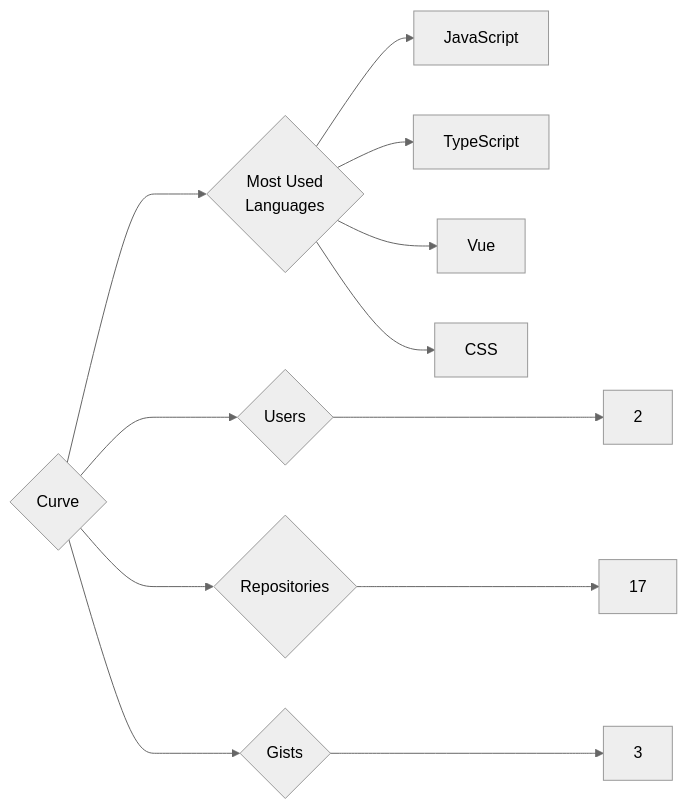
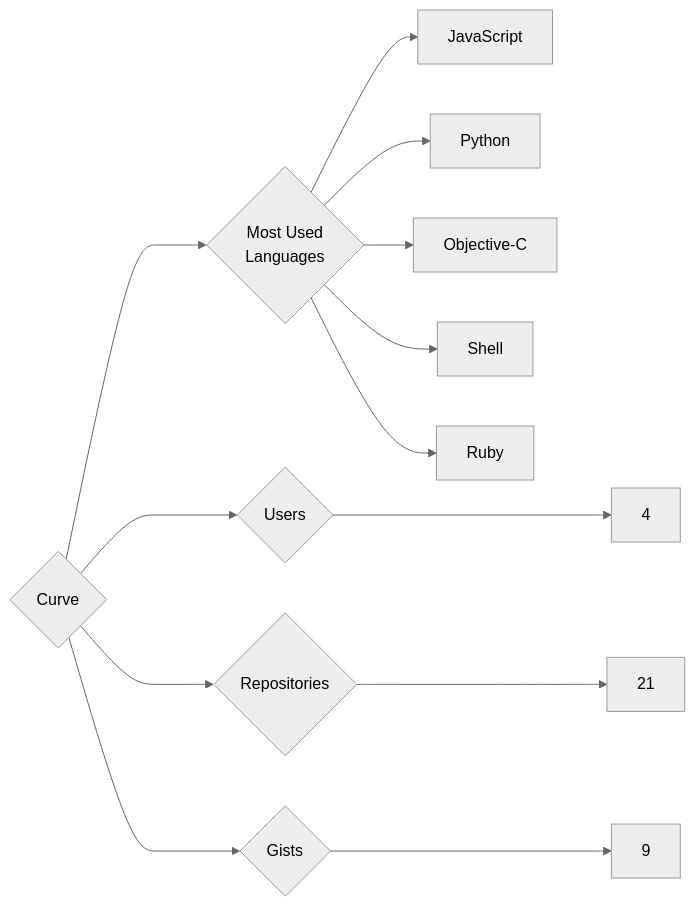
One commit to trickest/insiders changed the diagram in targets/Curve/README.md. Above: the diagram before and after it, drawn with Mermaid (neutral theme). The commit also changed 1148 other files, not shown here.

````diff
--- a/targets/Curve/README.md
+++ b/targets/Curve/README.md
@@ -3,12 +3,13 @@
 ```mermaid
 graph LR
 COMPANY_NAME{Curve}
-COMPANY_NAME ---> U{Users} ---> UN[2]
-COMPANY_NAME ---> R{Repositories} ---> RN[17]
-COMPANY_NAME ---> G{Gists} ---> GN[3]
+COMPANY_NAME ---> U{Users} ---> UN[4]
+COMPANY_NAME ---> R{Repositories} ---> RN[21]
+COMPANY_NAME ---> G{Gists} ---> GN[9]
 COMPANY_NAME ---> ML{Most Used<br>Languages}
 ML --> JavaScript[JavaScript]
-ML --> TypeScript[TypeScript]
-ML --> Vue[Vue]
-ML --> CSS[CSS]
+ML --> Python[Python]
+ML --> Objective-C[Objective-C]
+ML --> Shell[Shell]
+ML --> Ruby[Ruby]
 ```
````
